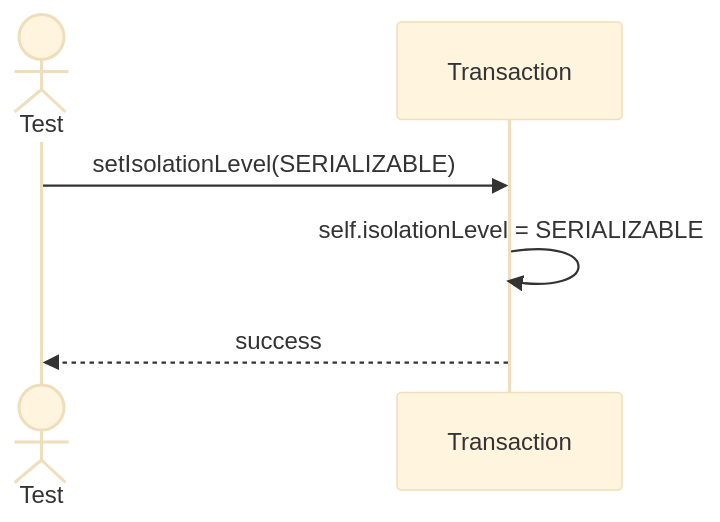
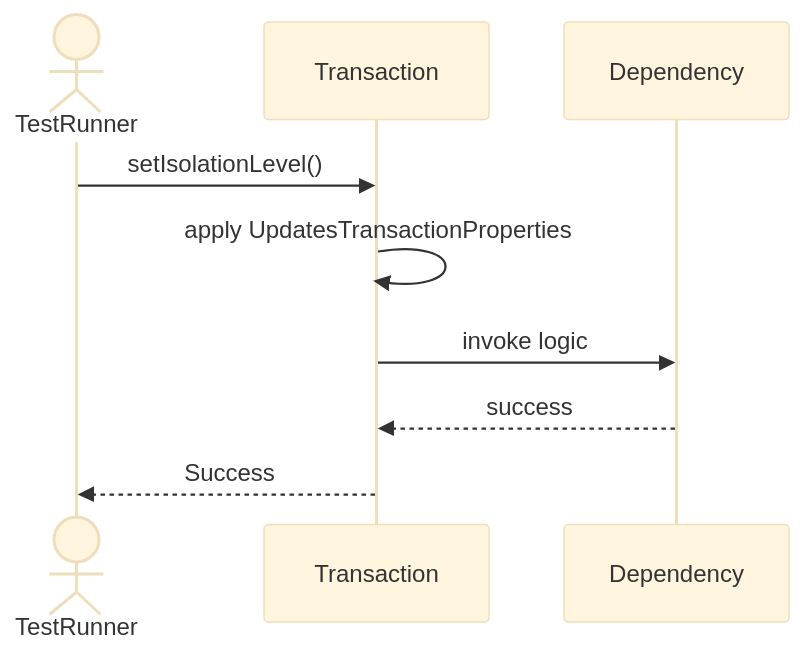
Before and after one commit to TamBui1706/DBMS: the second of 6 diagrams in Sequences/TransactionManagement/Transaction.md, drawn with Mermaid (base theme). The commit also changed other lines of this file and 63 other files, not shown here.

Commit message:
Draw sequence diagram for unit tests

````diff
--- a/Sequences/TransactionManagement/Transaction.md
+++ b/Sequences/TransactionManagement/Transaction.md
@@ -27,9 +36,10 @@
 ```mermaid
 sequenceDiagram
-    actor Test
+    actor TestRunner
     participant Transaction
-
-    Test->>Transaction: setIsolationLevel(SERIALIZABLE)
-    Transaction->>Transaction: self.isolationLevel = SERIALIZABLE
-    Transaction-->>Test: success
+    TestRunner->>Transaction: setIsolationLevel()
+    Transaction->>Transaction: apply UpdatesTransactionProperties
+    Transaction->>Dependency: invoke logic
+    Dependency-->>Transaction: success
+    Transaction-->>TestRunner: Success
 ```
````
